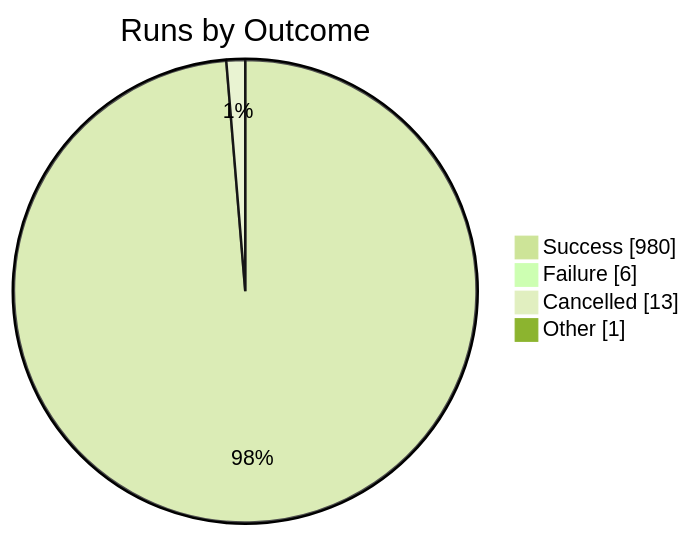
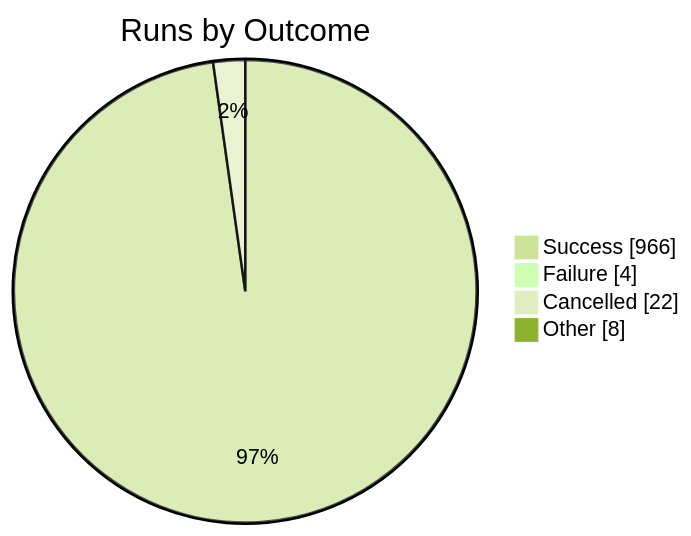
One commit to KBVE/kbve changed the first of 2 diagrams in apps/kbve/astro-kbve/src/content/docs/dashboard/ci-health.mdx. Above: the diagram before and after it, drawn with Mermaid (forest theme). The commit also changed other lines of this file and 1 other file, not shown here.

````diff
--- a/apps/kbve/astro-kbve/src/content/docs/dashboard/ci-health.mdx
+++ b/apps/kbve/astro-kbve/src/content/docs/dashboard/ci-health.mdx
@@ -189,8 +189,8 @@
 ```mermaid
 pie showData
     title Runs by Outcome
-    "Success" : 980
-    "Failure" : 6
-    "Cancelled" : 13
-    "Other" : 1
+    "Success" : 966
+    "Failure" : 4
+    "Cancelled" : 22
+    "Other" : 8
 ```
````
